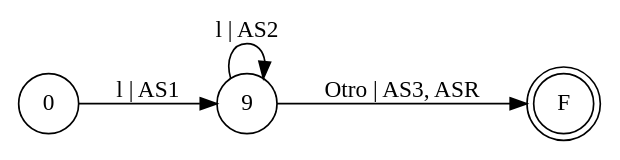
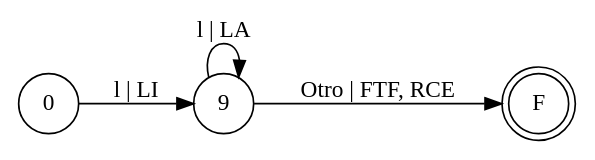
Before and after one commit to iroumec/RouVel-Compiler: the diagram in resources/diagrams/graphs/reservedWords.dot, drawn with Graphviz. The commit also changed 29 other files, not shown here.

```diff
--- a/resources/diagrams/graphs/reservedWords.dot
+++ b/resources/diagrams/graphs/reservedWords.dot
@@ -1,10 +1,10 @@
 digraph DFA {
     rankdir = LR;
     node [shape = circle;];
     F [shape = doublecircle;];
     // No hay posible error.
     
-    0 -> 9 [label = "l | AS1";];
-    9 -> 9 [label = "l | AS2";];
-    9 -> F [label = "Otro | AS3, ASR";];
+    0 -> 9 [label = "l | LI";];
+    9 -> 9 [label = "l | LA";];
+    9 -> F [label = "Otro | FTF, RCE";];
 }
```
